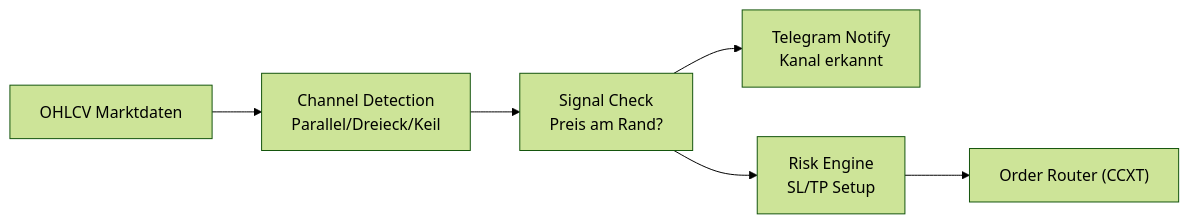
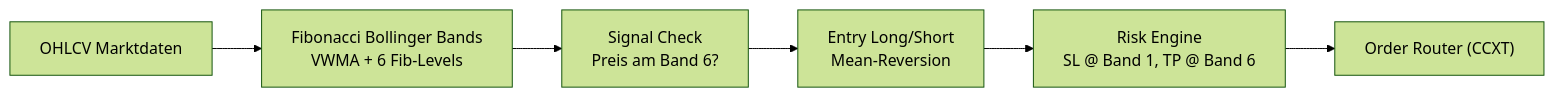
Before and after one commit to Youra82/kbot: the diagram in README.md, drawn with Mermaid (forest theme). The commit also changed other lines of this file and 13 other files, not shown here.

Commit message:
Fix: KeyError fib_length - filtere inkompatible alte Trials + update README für Fibonacci Strategie

````diff
--- a/README.md
+++ b/README.md
@@ -30,12 +30,12 @@
 ```mermaid
 flowchart LR
     A["OHLCV Marktdaten"]
-    B["Channel Detection<br/>Parallel/Dreieck/Keil"]
-    C["Signal Check<br/>Preis am Rand?"]
-    D["Telegram Notify<br/>Kanal erkannt"]
-    E["Risk Engine<br/>SL/TP Setup"]
+    B["Fibonacci Bollinger Bands<br/>VWMA + 6 Fib-Levels"]
+    C["Signal Check<br/>Preis am Band 6?"]
+    D["Entry Long/Short<br/>Mean-Reversion"]
+    E["Risk Engine<br/>SL @ Band 1, TP @ Band 6"]
     F["Order Router (CCXT)"]
 
     A --> B --> C --> D
-    C --> E --> F
+    D --> E --> F
 ```
````
